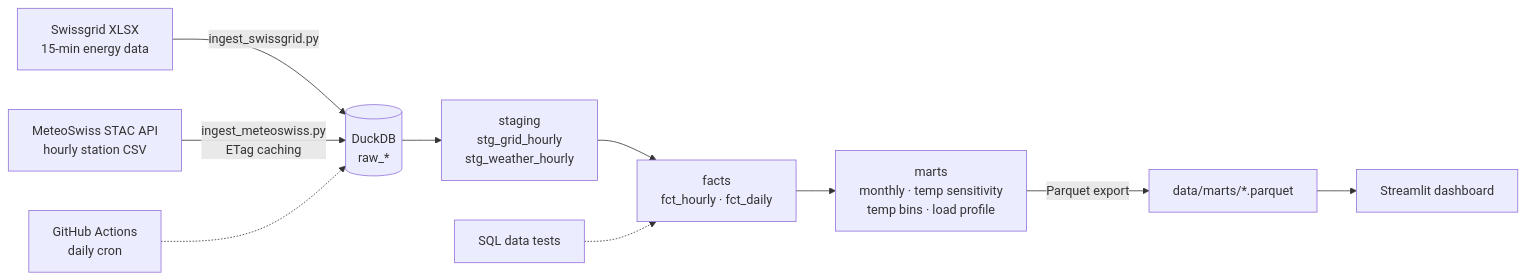
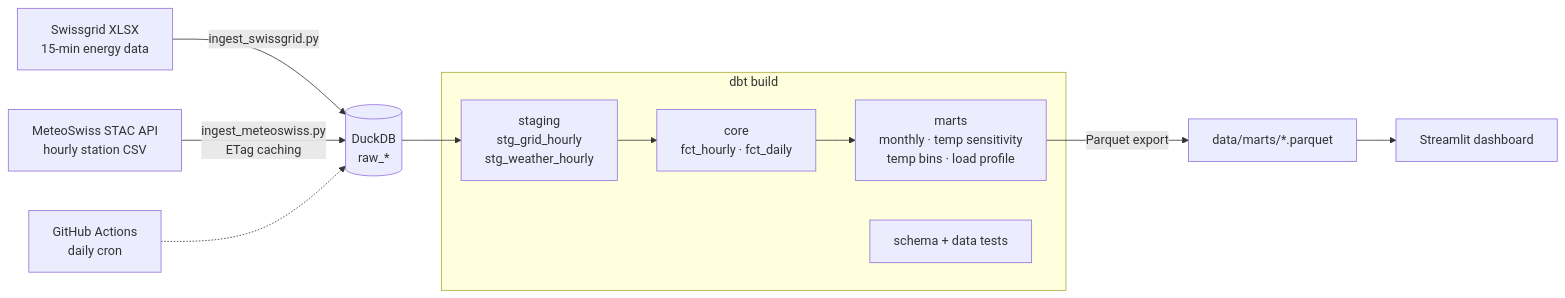
The diagram in README.md (diogorocha41/swiss-energy-weather), drawn with Mermaid before and after one commit. The commit also changed other lines of this file and 38 other files, not shown here.

````diff
--- a/README.md
+++ b/README.md
@@ -11,12 +11,14 @@
 ```mermaid
 flowchart LR
     A[Swissgrid XLSX<br/>15-min energy data] -->|ingest_swissgrid.py| R[(DuckDB<br/>raw_*)]
     B[MeteoSwiss STAC API<br/>hourly station CSV] -->|ingest_meteoswiss.py<br/>ETag caching| R
-    R --> S[staging<br/>stg_grid_hourly<br/>stg_weather_hourly]
-    S --> F[facts<br/>fct_hourly · fct_daily]
-    F --> M[marts<br/>monthly · temp sensitivity<br/>temp bins · load profile]
+    subgraph dbt [dbt build]
+      S[staging<br/>stg_grid_hourly<br/>stg_weather_hourly] --> F[core<br/>fct_hourly · fct_daily]
+      F --> M[marts<br/>monthly · temp sensitivity<br/>temp bins · load profile]
+      T[schema + data tests]
+    end
+    R --> S
     M -->|Parquet export| P[data/marts/*.parquet]
     P --> D[Streamlit dashboard]
-    T[SQL data tests] -.-> F
     G[GitHub Actions<br/>daily cron] -.-> R
 ```
````
